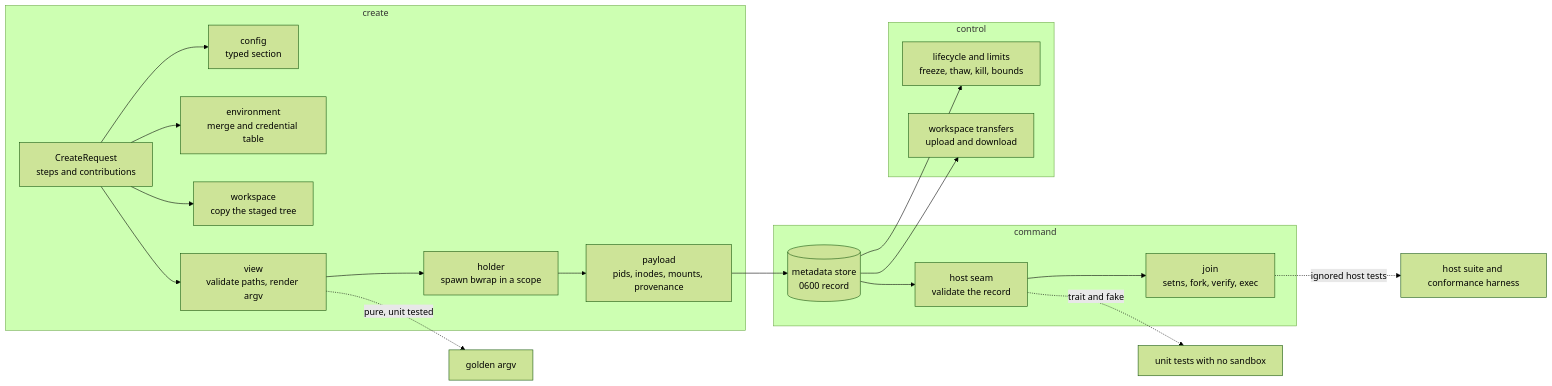
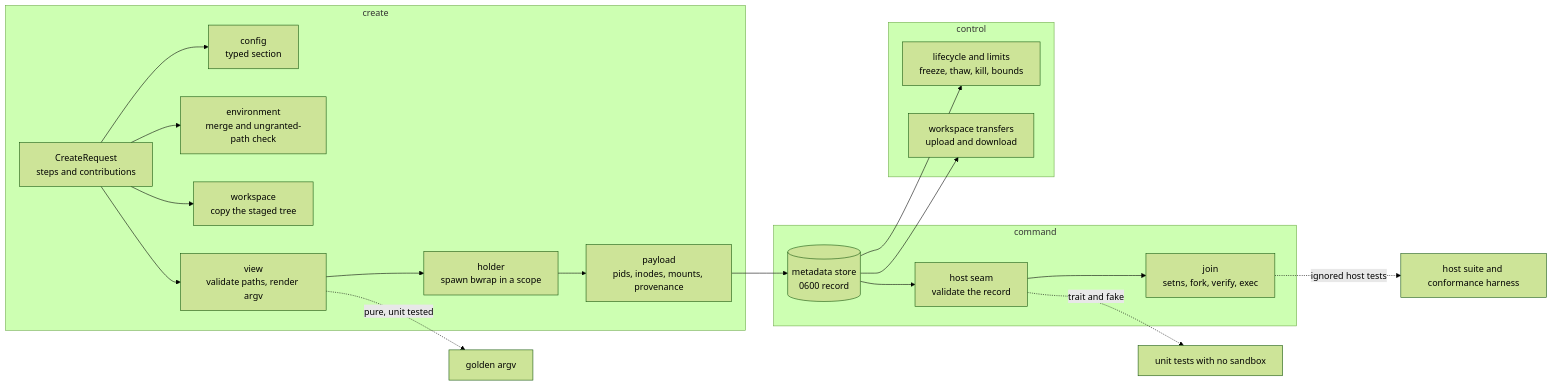
One commit to throwparty/agentkit changed the diagram in adrs/2026-11-07-linux-bwrap-provider/plan.md. Above: the diagram before and after it, drawn with Mermaid (forest theme). The commit also changed other lines of this file and 6 other files, not shown here.

````diff
--- a/adrs/2026-11-07-linux-bwrap-provider/plan.md
+++ b/adrs/2026-11-07-linux-bwrap-provider/plan.md
@@ -35,28 +34,28 @@
 ```mermaid
 flowchart LR
     subgraph create
         REQ[CreateRequest<br/>steps and contributions] --> CFG[config<br/>typed section]
-        REQ --> ENVV[environment<br/>merge and credential table]
+        REQ --> ENVV[environment<br/>merge and ungranted-path check]
         REQ --> WS[workspace<br/>copy the staged tree]
         REQ --> VIEW[view<br/>validate paths, render argv]
         VIEW --> RUN[holder<br/>spawn bwrap in a scope]
         RUN --> PAY[payload<br/>pids, inodes, mounts, provenance]
     end
 
     PAY --> STORE[(metadata store<br/>0600 record)]
 
     subgraph command
         STORE --> HOST[host seam<br/>validate the record]
         HOST --> JOIN[join<br/>setns, fork, verify, exec]
     end
 
     subgraph control
         STORE --> LIFE[lifecycle and limits<br/>freeze, thaw, kill, bounds]
         STORE --> XFER[workspace transfers<br/>upload and download]
     end
 
     VIEW -. pure, unit tested .-> GOLDEN[golden argv]
     HOST -. trait and fake .-> UNIT[unit tests with no sandbox]
     JOIN -. ignored host tests .-> SUITE[host suite and conformance harness]
 
 ```
````
